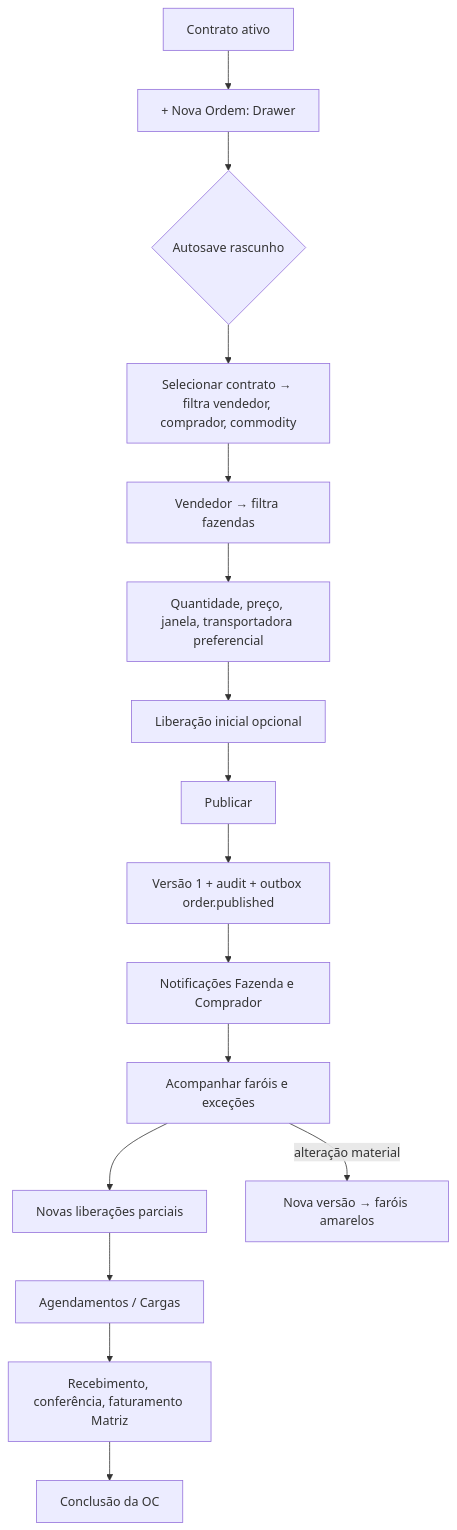
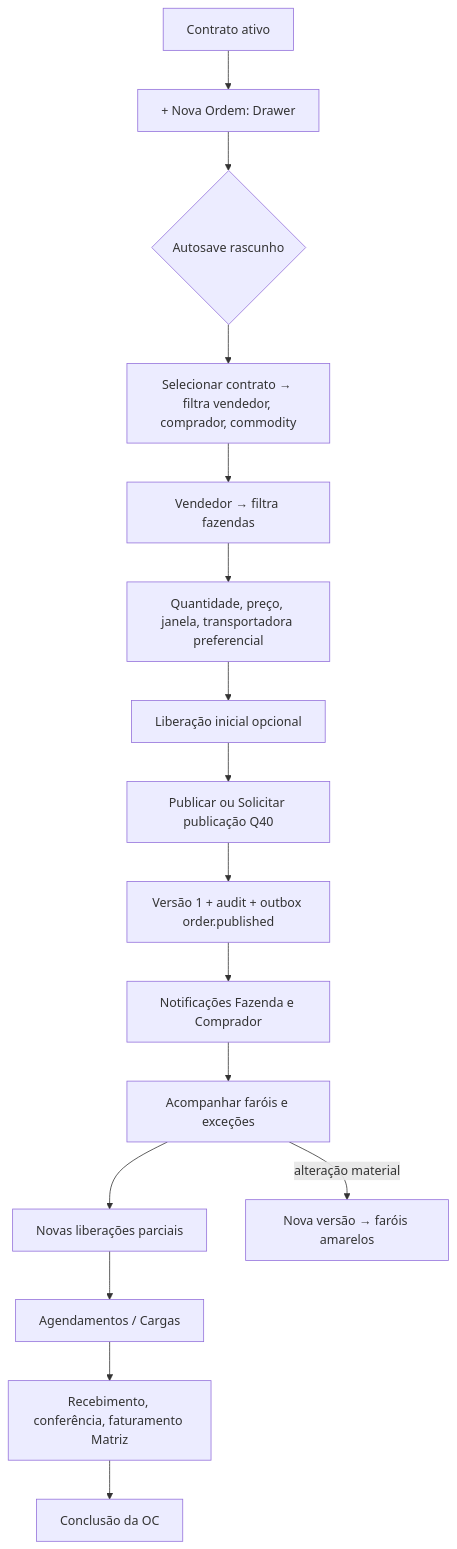
The fourth of 6 diagrams in docs/flows.md (antoniocavali/Ordens_2.0), drawn with Mermaid before and after one commit. The commit also changed other lines of this file and 36 other files, not shown here.

````diff
--- a/docs/flows.md
+++ b/docs/flows.md
@@ -5,18 +54,18 @@
 ```mermaid
 flowchart TD
   A[Contrato ativo] --> B[+ Nova Ordem: Drawer]
   B --> C{Autosave rascunho}
   C --> D[Selecionar contrato → filtra vendedor, comprador, commodity]
   D --> E[Vendedor → filtra fazendas]
   E --> F[Quantidade, preço, janela, transportadora preferencial]
   F --> G[Liberação inicial opcional]
-  G --> H[Publicar]
+  G --> H[Publicar ou Solicitar publicação Q40]
   H --> I[Versão 1 + audit + outbox order.published]
   I --> J[Notificações Fazenda e Comprador]
   J --> K[Acompanhar faróis e exceções]
   K --> L[Novas liberações parciais]
   L --> M[Agendamentos / Cargas]
   M --> N[Recebimento, conferência, faturamento Matriz]
   N --> O[Conclusão da OC]
   K -->|alteração material| P[Nova versão → faróis amarelos]
 ```
````
